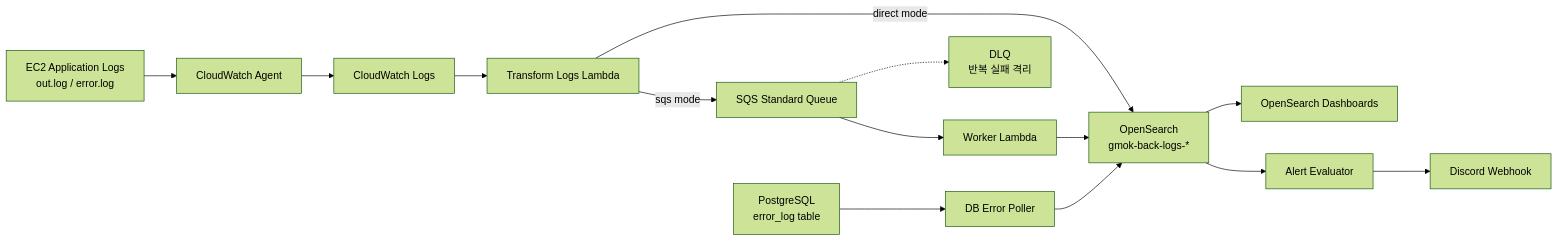
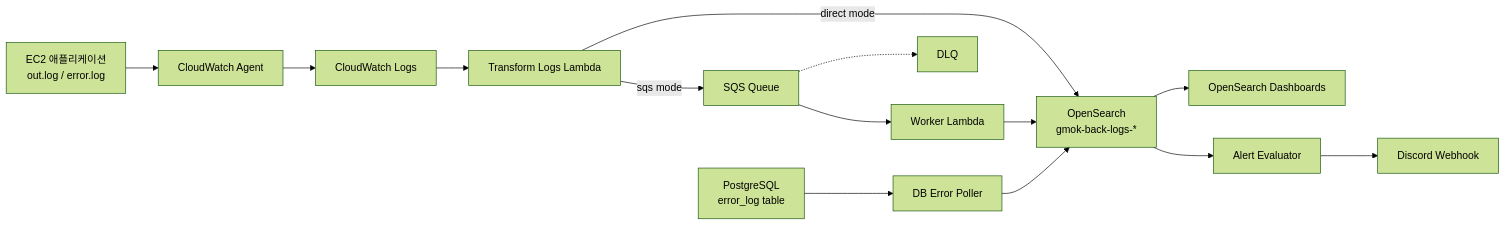
The diagram in README.md (bbungjun/data-pipeline), drawn with Mermaid (forest theme) before and after one commit. The commit also changed other lines of this file, not shown here.

````diff
--- a/README.md
+++ b/README.md
@@ -42,18 +9,18 @@
 ```mermaid
 flowchart LR
-    A["EC2 Application Logs<br/>out.log / error.log"] --> B["CloudWatch Agent"]
+    A["EC2 애플리케이션<br/>out.log / error.log"] --> B["CloudWatch Agent"]
     B --> C["CloudWatch Logs"]
     C --> D["Transform Logs Lambda"]
     D -->|direct mode| E["OpenSearch<br/>gmok-back-logs-*"]
-    D -->|sqs mode| K["SQS Standard Queue"]
-    K --> L["Worker Lambda"]
-    L --> E
-    K -.-> M["DLQ<br/>반복 실패 격리"]
-    E --> F["OpenSearch Dashboards"]
+    D -->|sqs mode| F["SQS Queue"]
+    F --> G["Worker Lambda"]
+    G --> E
+    F -.-> H["DLQ"]
 
-    G["PostgreSQL<br/>error_log table"] --> H["DB Error Poller"]
-    H --> E
+    I["PostgreSQL<br/>error_log table"] --> J["DB Error Poller"]
+    J --> E
 
-    E --> I["Alert Evaluator"]
-    I --> J["Discord Webhook"]
+    E --> K["OpenSearch Dashboards"]
+    E --> L["Alert Evaluator"]
+    L --> M["Discord Webhook"]
 ```
````
